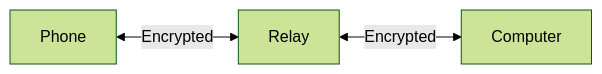
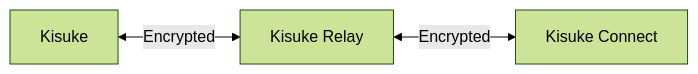
The second of 2 diagrams in concepts/kisuke-connect.mdx (kisukeapp/mintlify-docs), drawn with Mermaid (forest theme) before and after one commit. The commit also changed other lines of this file and 2 other files, not shown here.

Commit message:
fix: relay system accuracy - all traffic over relay, remove direct connection and self-hosted relay references

````diff
--- a/concepts/kisuke-connect.mdx
+++ b/concepts/kisuke-connect.mdx
@@ -67,4 +60,4 @@
 ```mermaid actions={false}
 graph LR
-  Phone <-->|Encrypted| Relay <-->|Encrypted| Computer
+  Client["Kisuke"] <-->|Encrypted| Relay["Kisuke Relay"] <-->|Encrypted| Host["Kisuke Connect"]
 ```
````
